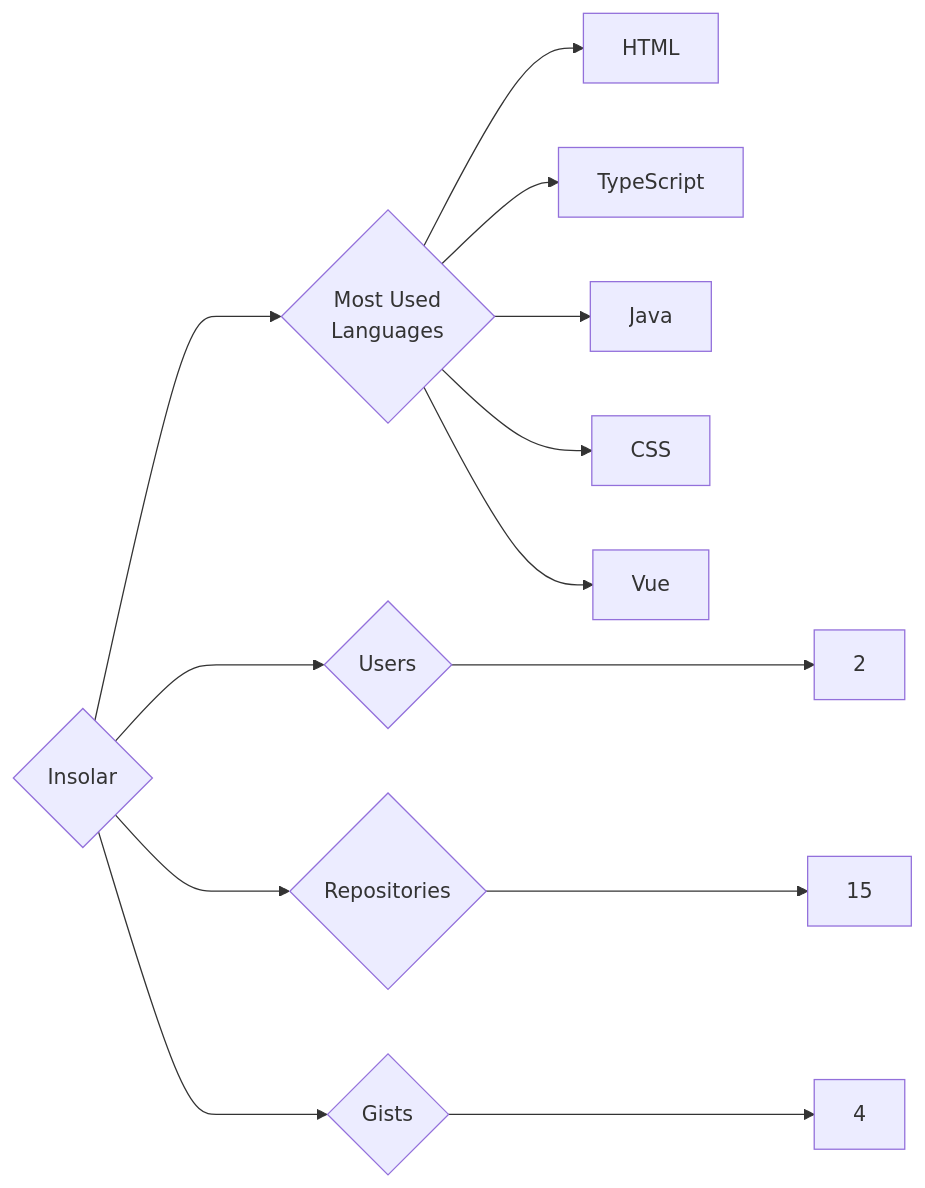
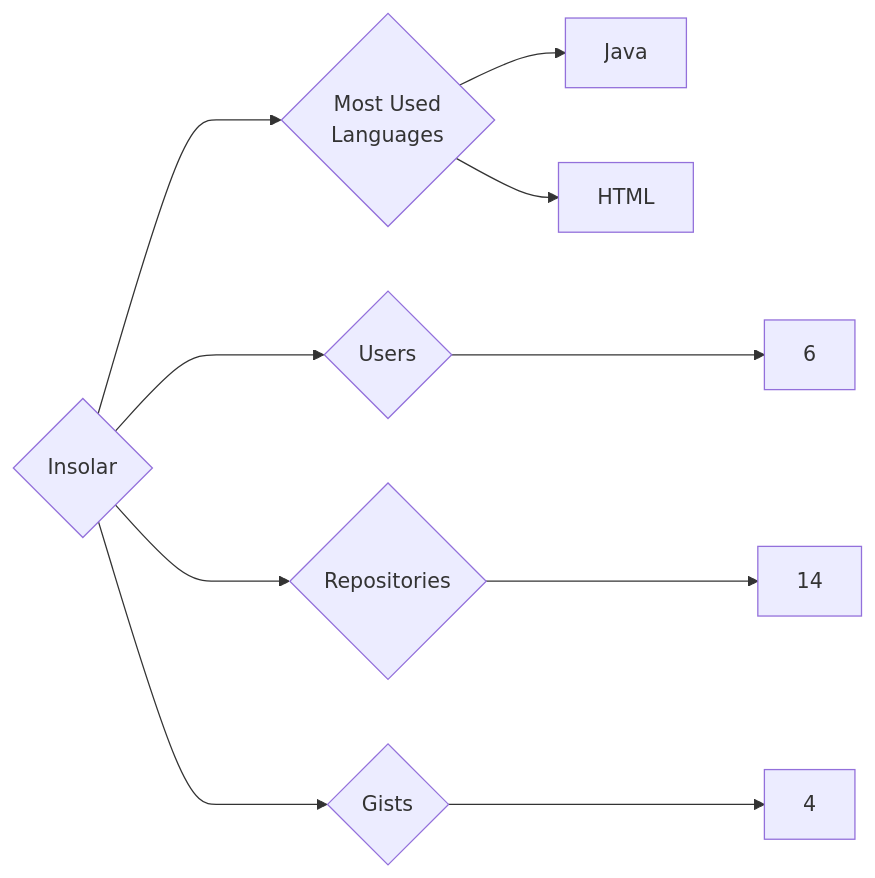
Before and after one commit to trickest/insiders: the diagram in targets/Insolar/README.md, drawn with Mermaid. The commit also changed 745 other files, not shown here.

````diff
--- a/targets/Insolar/README.md
+++ b/targets/Insolar/README.md
@@ -3,13 +3,10 @@
 ```mermaid
 graph LR
 COMPANY_NAME{Insolar}
-COMPANY_NAME ---> U{Users} ---> UN[2]
-COMPANY_NAME ---> R{Repositories} ---> RN[15]
+COMPANY_NAME ---> U{Users} ---> UN[6]
+COMPANY_NAME ---> R{Repositories} ---> RN[14]
 COMPANY_NAME ---> G{Gists} ---> GN[4]
 COMPANY_NAME ---> ML{Most Used<br>Languages}
+ML --> Java[Java]
 ML --> HTML[HTML]
-ML --> TypeScript[TypeScript]
-ML --> Java[Java]
-ML --> CSS[CSS]
-ML --> Vue[Vue]
 ```
````
